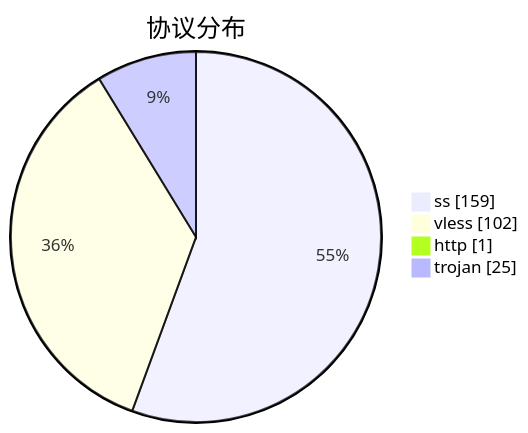
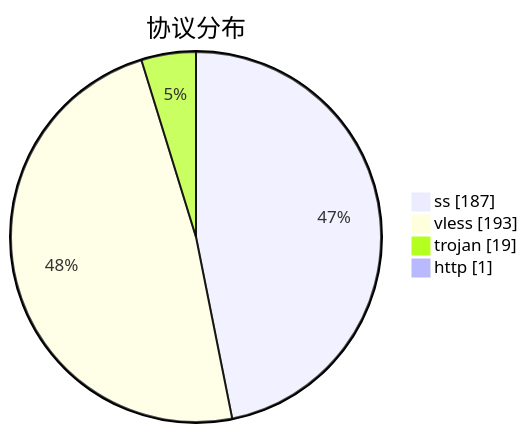
Before and after one commit to qjlxg/airport: the third of 3 diagrams in subs/statistics/tested_within.md, drawn with Mermaid. The commit also changed other lines of this file and 2 other files, not shown here.

````diff
--- a/subs/statistics/tested_within.md
+++ b/subs/statistics/tested_within.md
@@ -19,8 +19,8 @@
 ```mermaid
 pie showData
 title 协议分布
-"ss" : 159
-"vless" : 102
+"ss" : 187
+"vless" : 193
+"trojan" : 19
 "http" : 1
-"trojan" : 25
 ```
````
